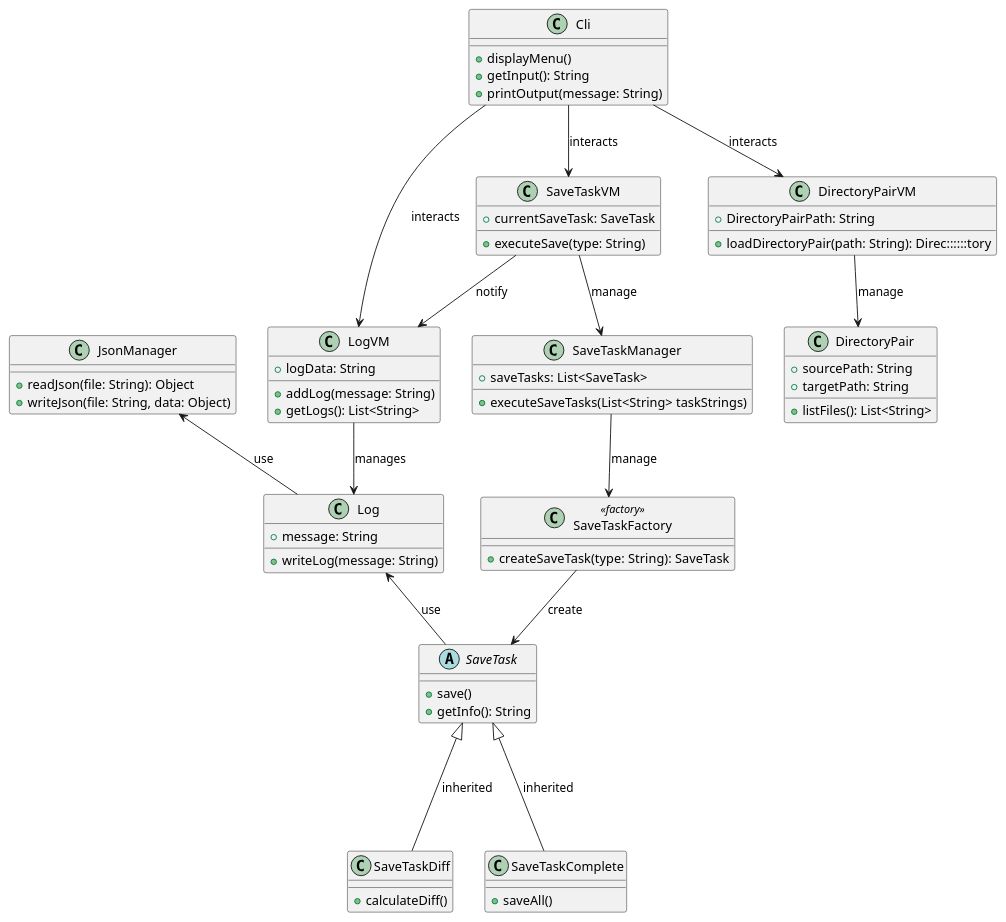
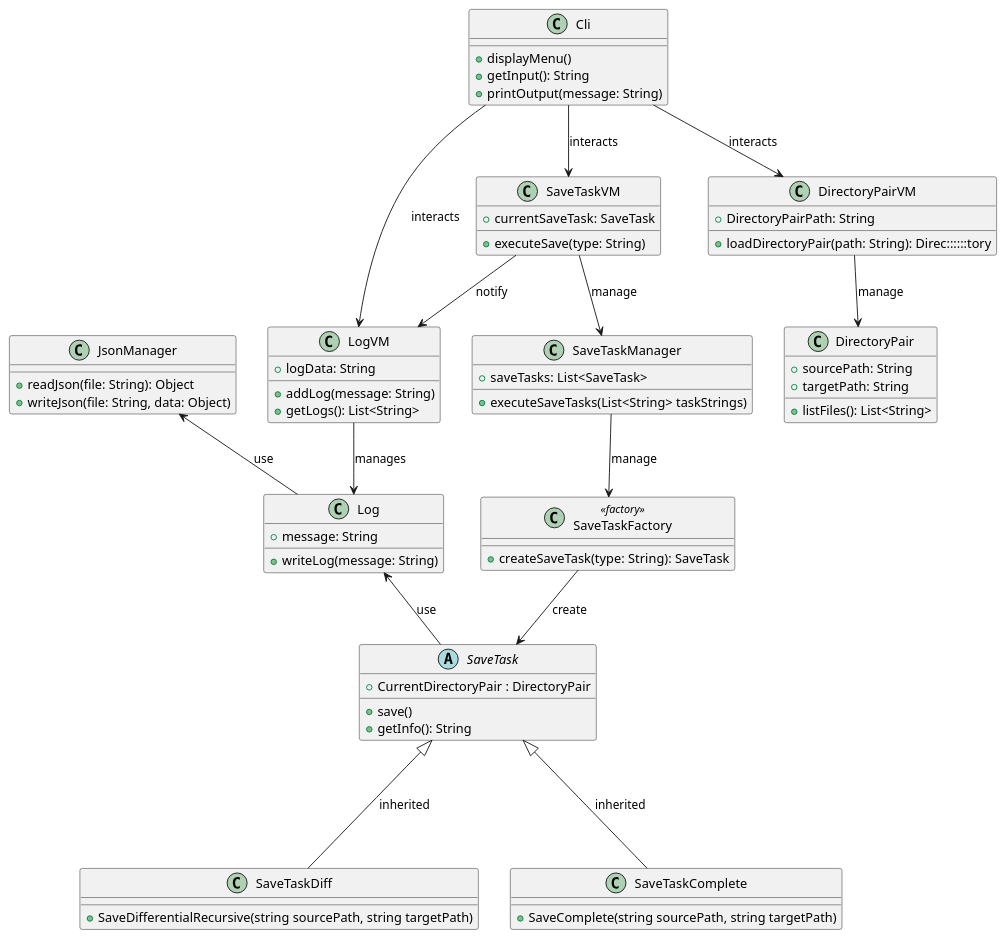
One commit to NoahAldahan/FISA_A3_GL_Aldahan changed the diagram in livrable_1.puml. Above: the diagram before and after it, drawn with PlantUML. The commit also changed 1 other file, not shown here.

Commit message:
feat (logic) : Added a SaveTask Factory to create SaveTasks, modified class diagram

```diff
--- a/livrable_1.puml
+++ b/livrable_1.puml
@@ -1,83 +1,84 @@
 @startuml
 /' Model '/
 class SaveTaskFactory <<factory>> {
     +createSaveTask(type: String): SaveTask
 }
 
 abstract class SaveTask {
+    +CurrentDirectoryPair : DirectoryPair
     +save()
     +getInfo(): String
 }
 
 class SaveTaskDiff {
-    +calculateDiff()
+    +SaveDifferentialRecursive(string sourcePath, string targetPath)
 }
 
 class SaveTaskComplete {
-    +saveAll()
+    +SaveComplete(string sourcePath, string targetPath)
 }
 
 class DirectoryPair {
     +sourcePath: String
     +targetPath: String
     +listFiles(): List<String>
 }
 
 class SaveTaskManager{
     +saveTasks: List<SaveTask>
     +executeSaveTasks(List<String> taskStrings)
 }
 
 class Log {
     +message: String
     +writeLog(message: String)
 }
 
 class JsonManager {
     +readJson(file: String): Object
     +writeJson(file: String, data: Object)
 }
 
 /' ViewModel '/
 class LogVM {
     +logData: String
     +addLog(message: String)
     +getLogs(): List<String>
 }
 
 class SaveTaskVM {
     +currentSaveTask: SaveTask
     +executeSave(type: String)
 }
 
 class DirectoryPairVM {
     +DirectoryPairPath: String
     +loadDirectoryPair(path: String): Direc::::::tory
 }
 
 /' View '/
 class Cli {
     +displayMenu()
     +getInput(): String
     +printOutput(message: String)
 }
 
 /' Relations '/
 SaveTaskFactory --> SaveTask : "create"
 SaveTask <|--- SaveTaskDiff : "inherited"
 SaveTask <|--- SaveTaskComplete : "inherited"
 
 Log <-- SaveTask : "use"
 JsonManager <-- Log : "use"
 
 SaveTaskVM --> SaveTaskManager : "manage"
 SaveTaskManager --> SaveTaskFactory : "manage"
 SaveTaskVM --> LogVM : "notify"
 DirectoryPairVM --> DirectoryPair : "manage"
 
 LogVM --> Log : "manages"
 
 Cli --> SaveTaskVM : "interacts"
 Cli --> LogVM : "interacts"
 Cli --> DirectoryPairVM : "interacts"
 @enduml
```
